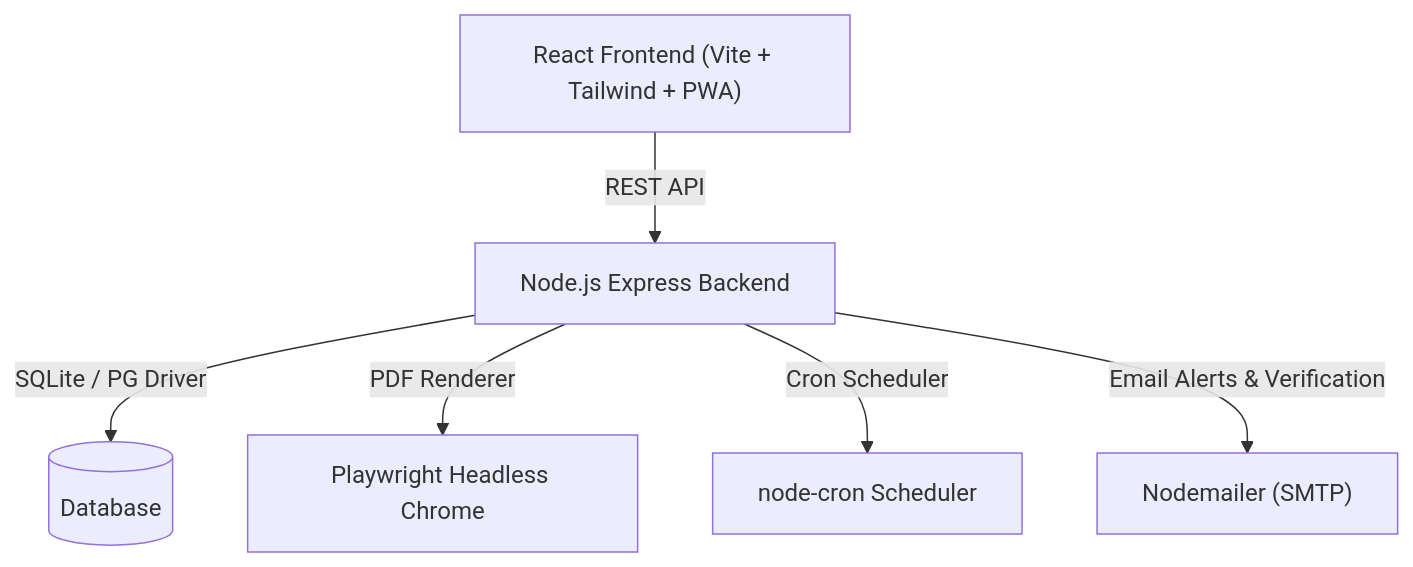
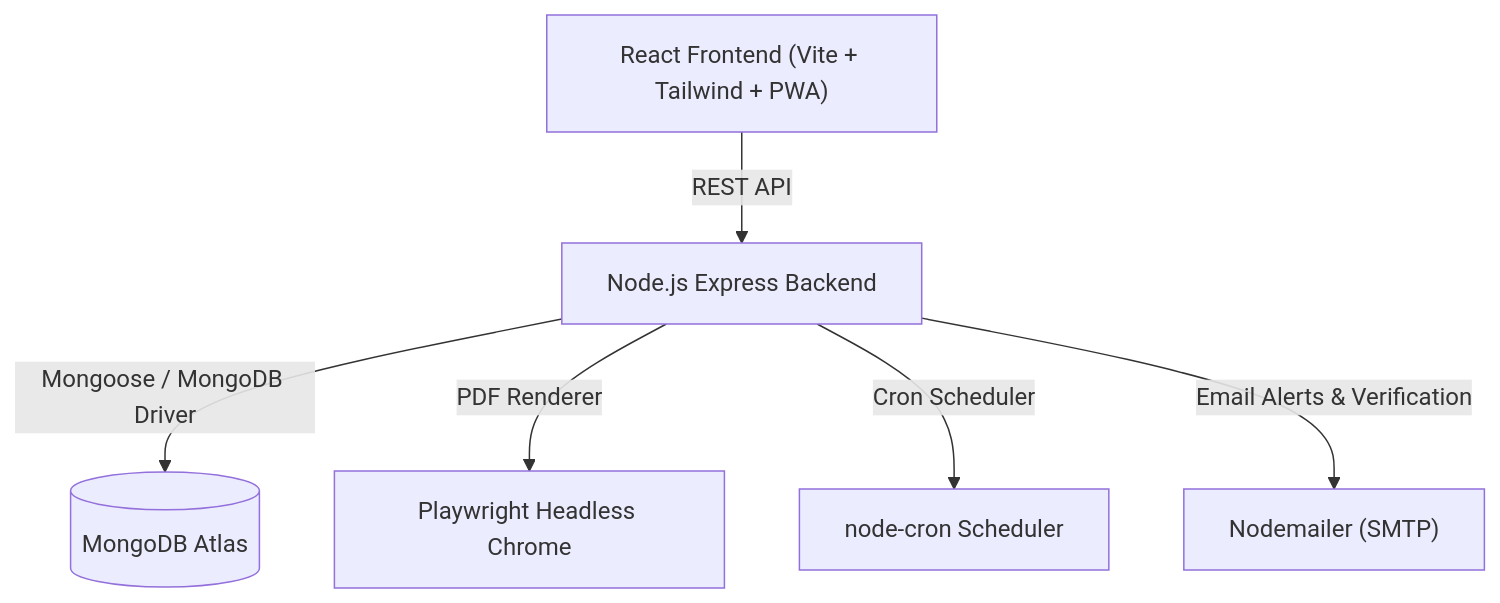
The diagram in docs/ARCHITECTURE.md (sailesh-codes/Memotrix-billing), drawn with Mermaid before and after one commit. The commit also changed other lines of this file and 12 other files, not shown here.

Commit message:
Remove Reset to Default button, switch completely to MongoDB Atlas, and rectify company profile

````diff
--- a/docs/ARCHITECTURE.md
+++ b/docs/ARCHITECTURE.md
@@ -6,8 +6,8 @@
 ```mermaid
 graph TD
     Client["React Frontend (Vite + Tailwind + PWA)"] -->|REST API| Express["Node.js Express Backend"]
-    Express -->|SQLite / PG Driver| DB[("Database")]
+    Express -->|Mongoose / MongoDB Driver| DB[("MongoDB Atlas")]
     Express -->|PDF Renderer| Playwright["Playwright Headless Chrome"]
     Express -->|Cron Scheduler| NodeCron["node-cron Scheduler"]
     Express -->|Email Alerts & Verification| SMTP["Nodemailer (SMTP)"]
 ```
````
